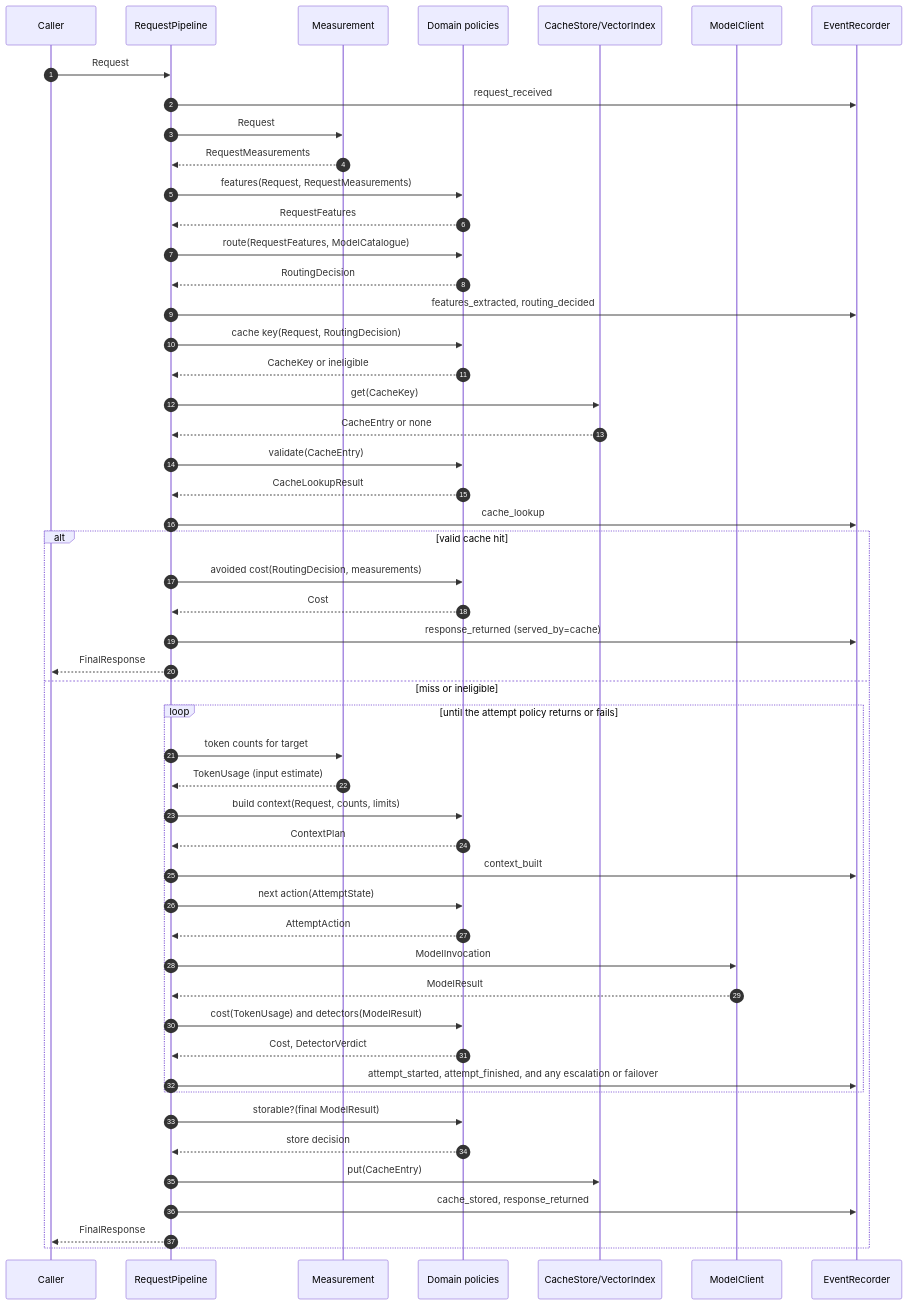
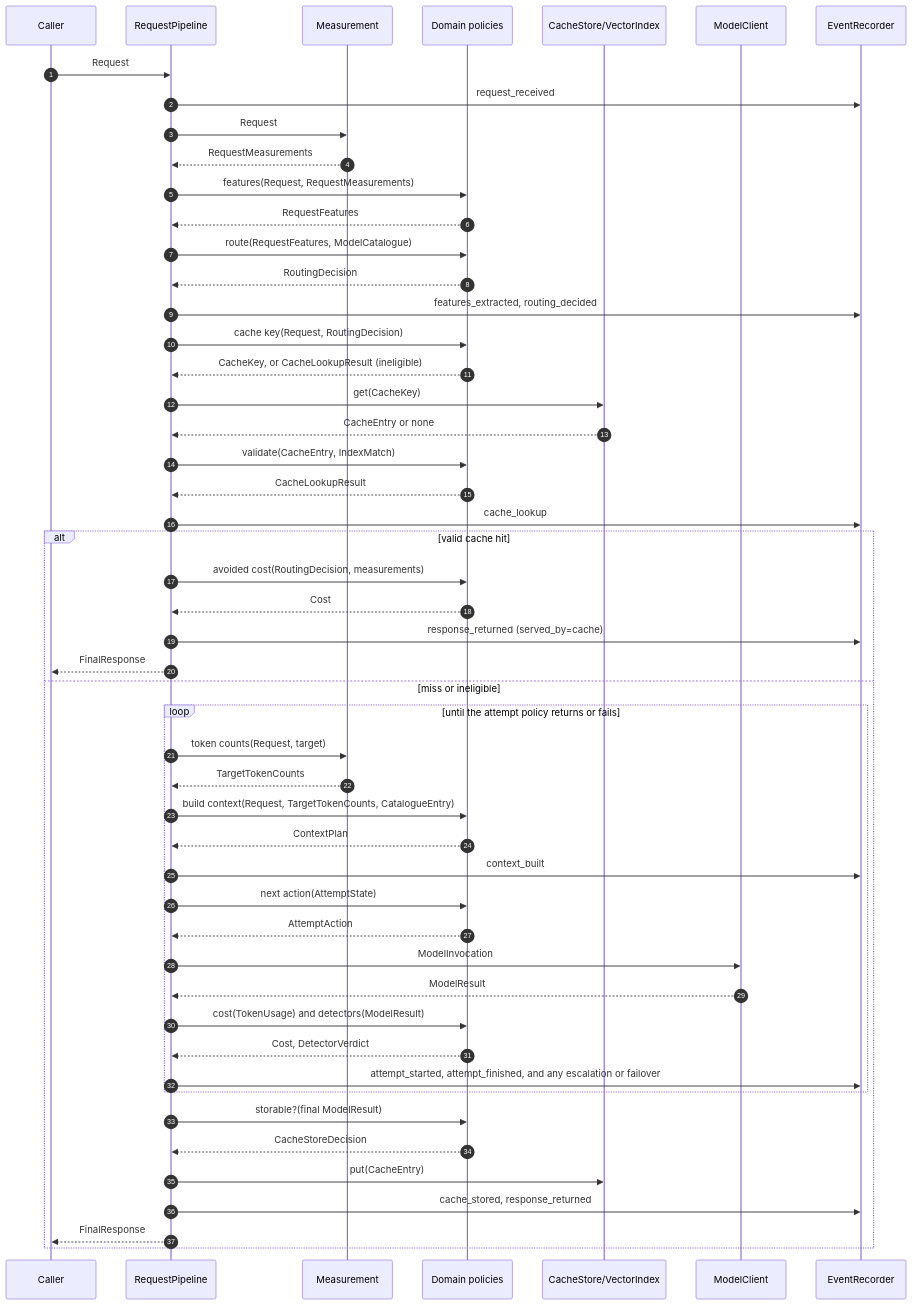
One commit to mahyamotamedi/metis-auto changed the first of 2 diagrams in docs/architecture/request_lifecycle.md. Above: the diagram before and after it, drawn with Mermaid. The commit also changed 47 other files, not shown here.

````diff
--- a/docs/architecture/request_lifecycle.md
+++ b/docs/architecture/request_lifecycle.md
@@ -40,55 +40,55 @@
 ```mermaid
 %% Question: in what order do components act for one request, and where do hit/miss and the attempt loop branch?
 sequenceDiagram
     autonumber
     participant C as Caller
     participant P as RequestPipeline
     participant M as Measurement
     participant D as Domain policies
     participant S as CacheStore/VectorIndex
     participant MC as ModelClient
     participant E as EventRecorder
 
     C->>P: Request
     P->>E: request_received
     P->>M: Request
     M-->>P: RequestMeasurements
     P->>D: features(Request, RequestMeasurements)
     D-->>P: RequestFeatures
     P->>D: route(RequestFeatures, ModelCatalogue)
     D-->>P: RoutingDecision
     P->>E: features_extracted, routing_decided
     P->>D: cache key(Request, RoutingDecision)
-    D-->>P: CacheKey or ineligible
+    D-->>P: CacheKey, or CacheLookupResult (ineligible)
     P->>S: get(CacheKey)
     S-->>P: CacheEntry or none
-    P->>D: validate(CacheEntry)
+    P->>D: validate(CacheEntry, IndexMatch)
     D-->>P: CacheLookupResult
     P->>E: cache_lookup
     alt valid cache hit
         P->>D: avoided cost(RoutingDecision, measurements)
         D-->>P: Cost
         P->>E: response_returned (served_by=cache)
         P-->>C: FinalResponse
     else miss or ineligible
         loop until the attempt policy returns or fails
-            P->>M: token counts for target
-            M-->>P: TokenUsage (input estimate)
-            P->>D: build context(Request, counts, limits)
+            P->>M: token counts(Request, target)
+            M-->>P: TargetTokenCounts
+            P->>D: build context(Request, TargetTokenCounts, CatalogueEntry)
             D-->>P: ContextPlan
             P->>E: context_built
             P->>D: next action(AttemptState)
             D-->>P: AttemptAction
             P->>MC: ModelInvocation
             MC-->>P: ModelResult
             P->>D: cost(TokenUsage) and detectors(ModelResult)
             D-->>P: Cost, DetectorVerdict
             P->>E: attempt_started, attempt_finished, and any escalation or failover
         end
         P->>D: storable?(final ModelResult)
-        D-->>P: store decision
+        D-->>P: CacheStoreDecision
         P->>S: put(CacheEntry)
         P->>E: cache_stored, response_returned
         P-->>C: FinalResponse
     end
 ```
````
